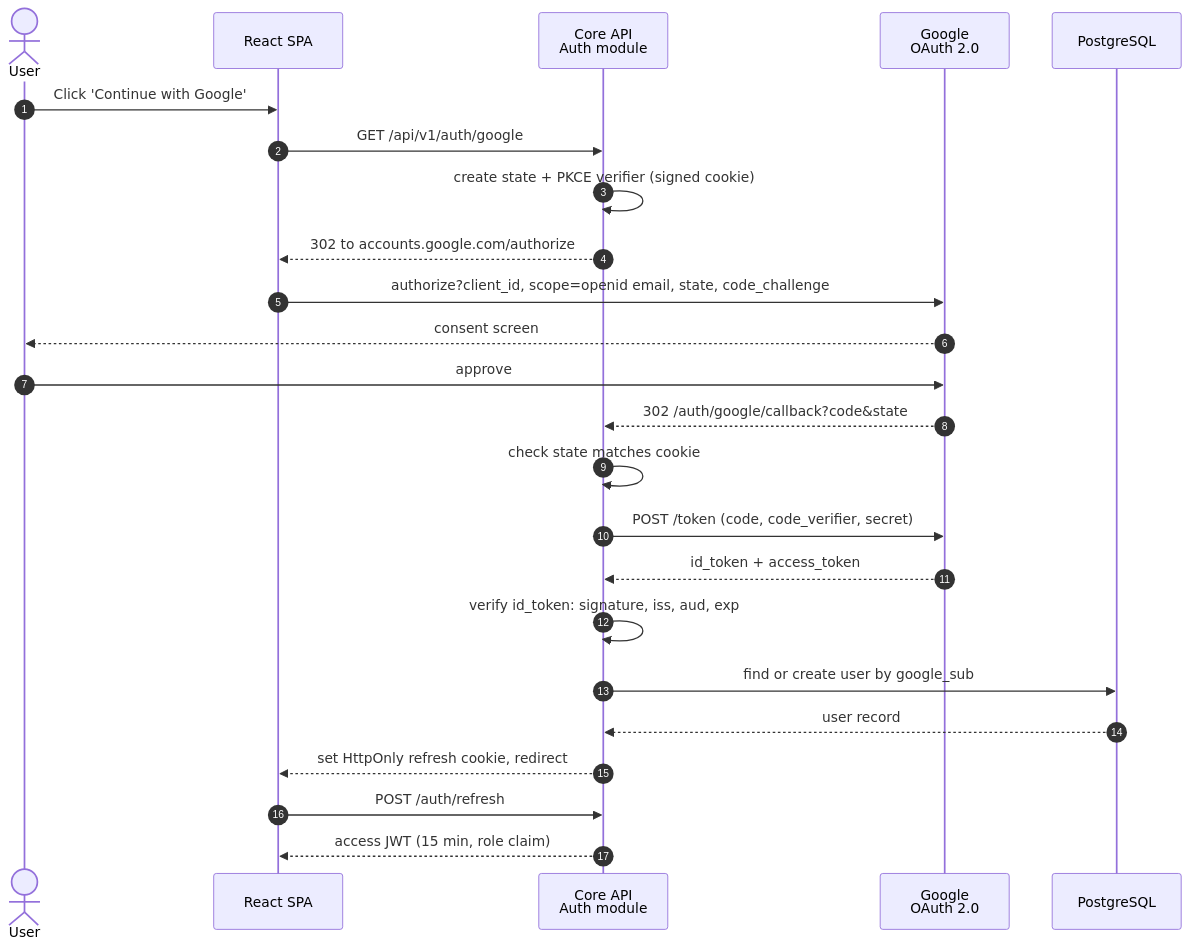
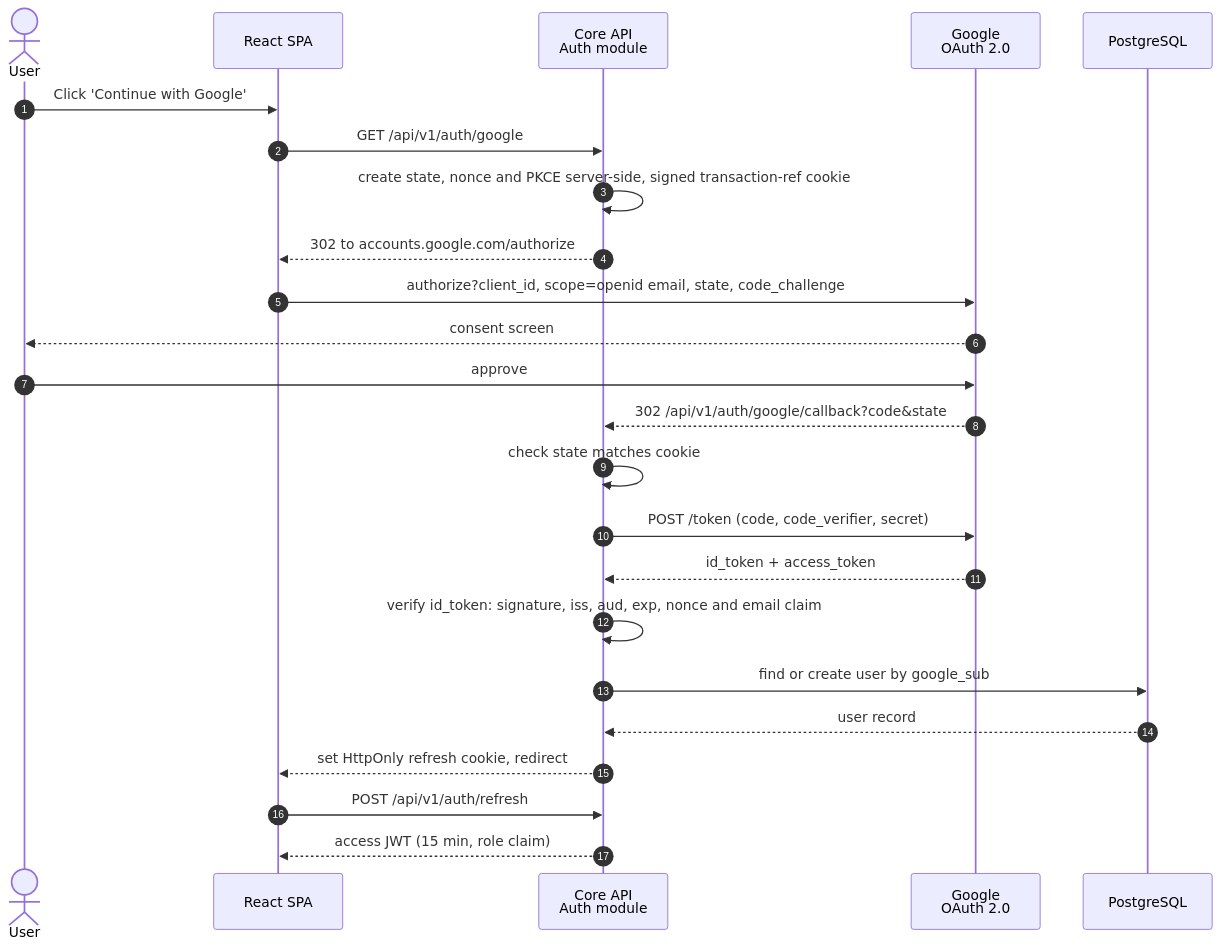
Before and after one commit to doktur-umair/swiftdrop: diagram 12 of 16 in SWIFTDROP_DESIGN_DOCUMENTATION.md, drawn with Mermaid. The commit also changed other lines of this file and 88 other files, not shown here.

````diff
--- a/SWIFTDROP_DESIGN_DOCUMENTATION.md
+++ b/SWIFTDROP_DESIGN_DOCUMENTATION.md
@@ -940,27 +936,27 @@
 ```mermaid
 sequenceDiagram
     autonumber
     actor User
     participant SPA as React SPA
     participant API as Core API<br/>Auth module
     participant Google as Google<br/>OAuth 2.0
     participant DB as PostgreSQL
 
     User->>SPA: Click 'Continue with Google'
     SPA->>API: GET /api/v1/auth/google
-    API->>API: create state + PKCE verifier (signed cookie)
+    API->>API: create state, nonce and PKCE server-side, signed transaction-ref cookie
     API-->>SPA: 302 to accounts.google.com/authorize
     SPA->>Google: authorize?client_id, scope=openid email, state, code_challenge
     Google-->>User: consent screen
     User->>Google: approve
-    Google-->>API: 302 /auth/google/callback?code&state
+    Google-->>API: 302 /api/v1/auth/google/callback?code&state
     API->>API: check state matches cookie
     API->>Google: POST /token (code, code_verifier, secret)
     Google-->>API: id_token + access_token
-    API->>API: verify id_token: signature, iss, aud, exp
+    API->>API: verify id_token: signature, iss, aud, exp, nonce and email claim
     API->>DB: find or create user by google_sub
     DB-->>API: user record
     API-->>SPA: set HttpOnly refresh cookie, redirect
-    SPA->>API: POST /auth/refresh
+    SPA->>API: POST /api/v1/auth/refresh
     API-->>SPA: access JWT (15 min, role claim)
 ```
````
